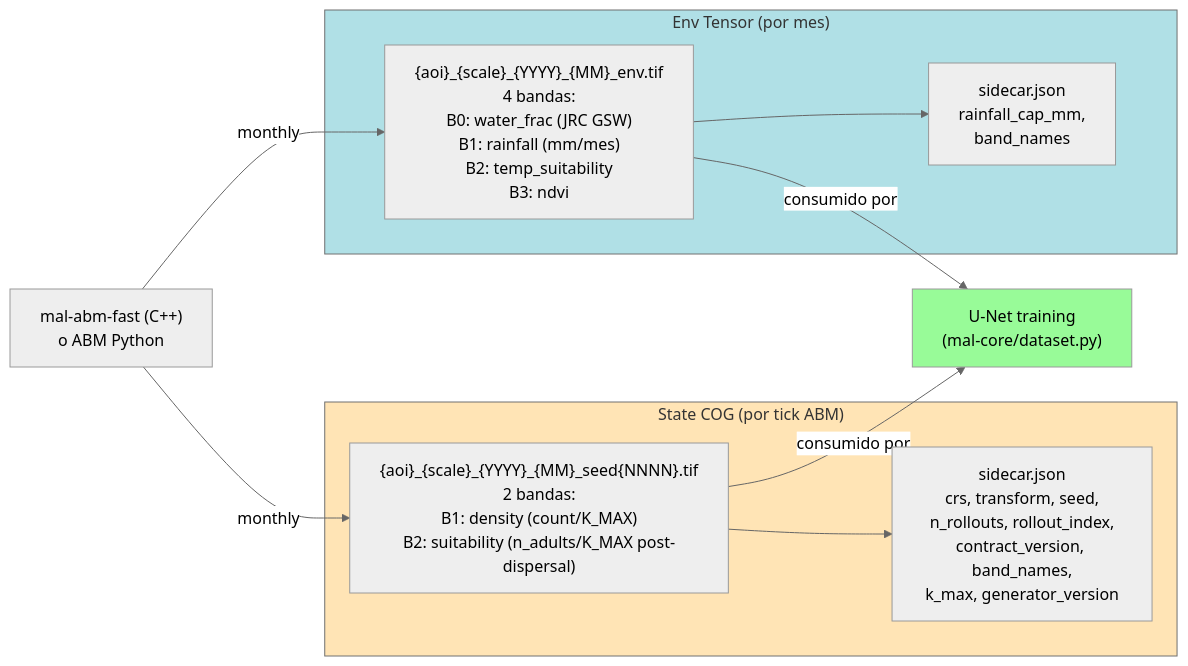
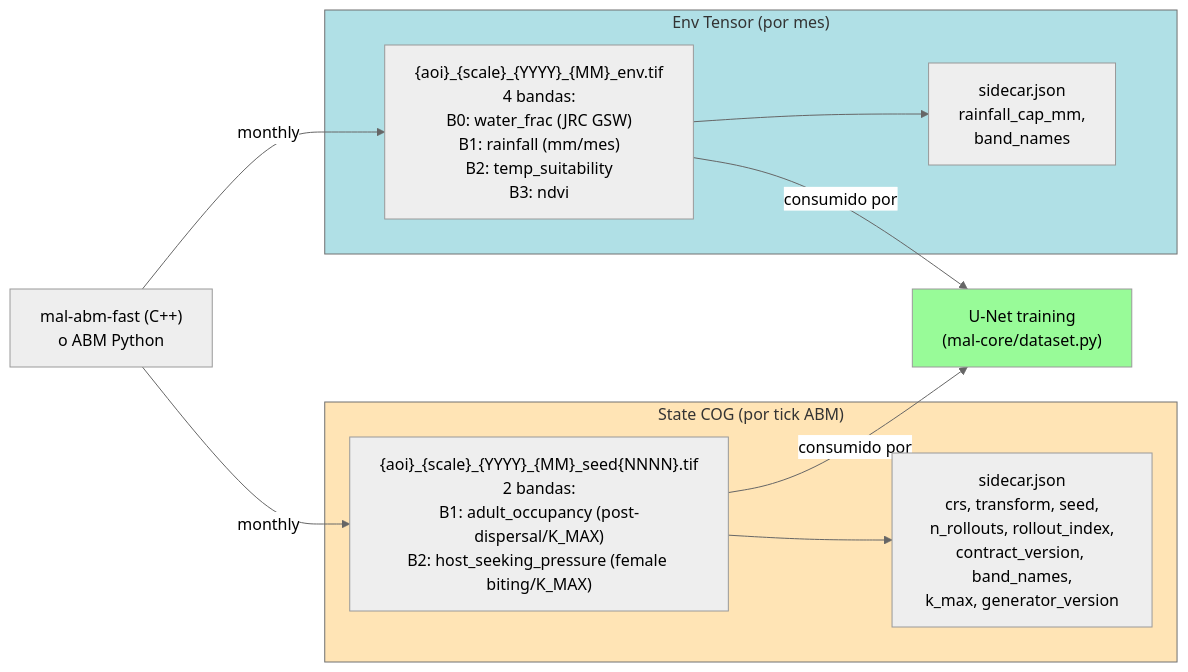
Before and after one commit to ANFAIA/MalariaSentinel: diagram 14 of 14 in docs/system-status.md, drawn with Mermaid (neutral theme). The commit also changed other lines of this file, not shown here.

````diff
--- a/docs/system-status.md
+++ b/docs/system-status.md
@@ -923,26 +1000,26 @@
 ```mermaid
 graph LR
     ABM["mal-abm-fast (C++)<br/>o ABM Python"]
 
     subgraph STATE["State COG (por tick ABM)"]
-        S_TIF["{aoi}_{scale}_{YYYY}_{MM}_seed{NNNN}.tif<br/>2 bandas:<br/>B1: density (count/K_MAX)<br/>B2: suitability (n_adults/K_MAX post-dispersal)"]
+        S_TIF["{aoi}_{scale}_{YYYY}_{MM}_seed{NNNN}.tif<br/>2 bandas:<br/>B1: adult_occupancy (post-dispersal/K_MAX)<br/>B2: host_seeking_pressure (female biting/K_MAX)"]
         S_JSON["sidecar.json<br/>crs, transform, seed,<br/>n_rollouts, rollout_index,<br/>contract_version, band_names,<br/>k_max, generator_version"]
     end
 
     subgraph ENV["Env Tensor (por mes)"]
         E_TIF["{aoi}_{scale}_{YYYY}_{MM}_env.tif<br/>4 bandas:<br/>B0: water_frac (JRC GSW)<br/>B1: rainfall (mm/mes)<br/>B2: temp_suitability<br/>B3: ndvi"]
         E_JSON["sidecar.json<br/>rainfall_cap_mm,<br/>band_names"]
     end
 
     ABM -->|"monthly"| S_TIF
     S_TIF --> S_JSON
     ABM -->|"monthly"| E_TIF
     E_TIF --> E_JSON
 
     S_TIF -->|"consumido por"| UN["U-Net training<br/>(mal-core/dataset.py)"]
     E_TIF -->|"consumido por"| UN
 
     style STATE fill:#FFE4B5
     style ENV fill:#B0E0E6
     style UN fill:#98FB98
 ```
````
